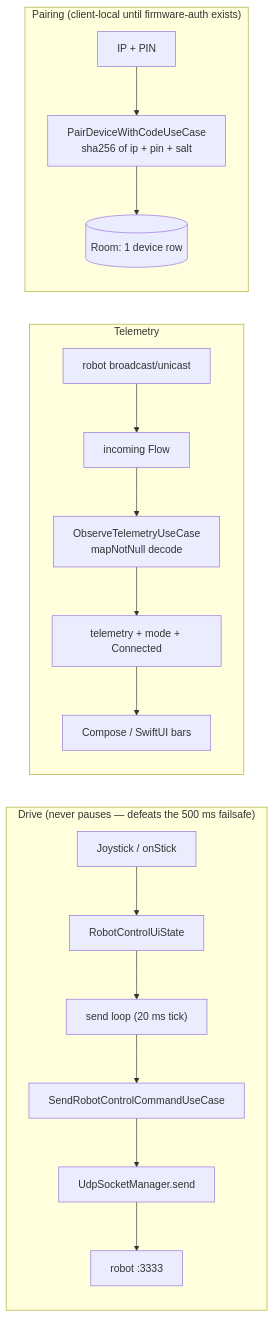
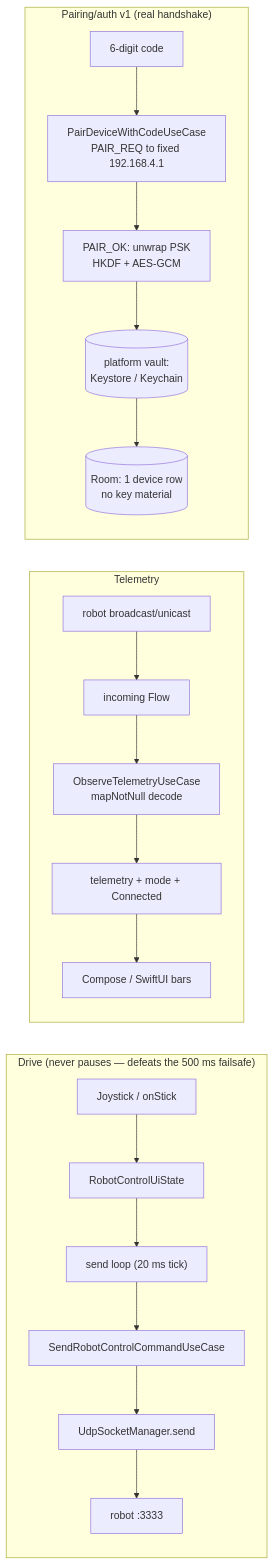
Before and after one commit to 6ameDev/desky: the third of 3 diagrams in client/ARCHITECTURE.md, drawn with Mermaid. The commit also changed other lines of this file and 4 other files, not shown here.

````diff
--- a/client/ARCHITECTURE.md
+++ b/client/ARCHITECTURE.md
@@ -81,20 +81,22 @@
 ```mermaid
 graph LR
     subgraph Outbound["Drive (never pauses — defeats the 500 ms failsafe)"]
         J[Joystick / onStick] --> S[RobotControlUiState]
         S --> L["send loop (20 ms tick)"]
         L --> U1[SendRobotControlCommandUseCase]
         U1 --> SOCK[UdpSocketManager.send]
         SOCK --> R[robot :3333]
     end
     subgraph Inbound["Telemetry"]
         R2[robot broadcast/unicast] --> INC[incoming Flow]
         INC --> TU[ObserveTelemetryUseCase<br/>mapNotNull decode]
         TU --> ST[telemetry + mode + Connected]
         ST --> UI[Compose / SwiftUI bars]
     end
-    subgraph Pairing["Pairing (client-local until firmware-auth exists)"]
-        IP[IP + PIN] --> P[PairDeviceWithCodeUseCase<br/>sha256 of ip + pin + salt]
-        P --> DB[(Room: 1 device row)]
+    subgraph Pairing["Pairing/auth v1 (real handshake)"]
+        CODE[6-digit code] --> REQ[PairDeviceWithCodeUseCase<br/>PAIR_REQ to fixed 192.168.4.1]
+        REQ --> OK[PAIR_OK: unwrap PSK<br/>HKDF + AES-GCM]
+        OK --> VAULT[(platform vault:<br/>Keystore / Keychain)]
+        VAULT --> DB[(Room: 1 device row<br/>no key material)]
     end
 ```
````
